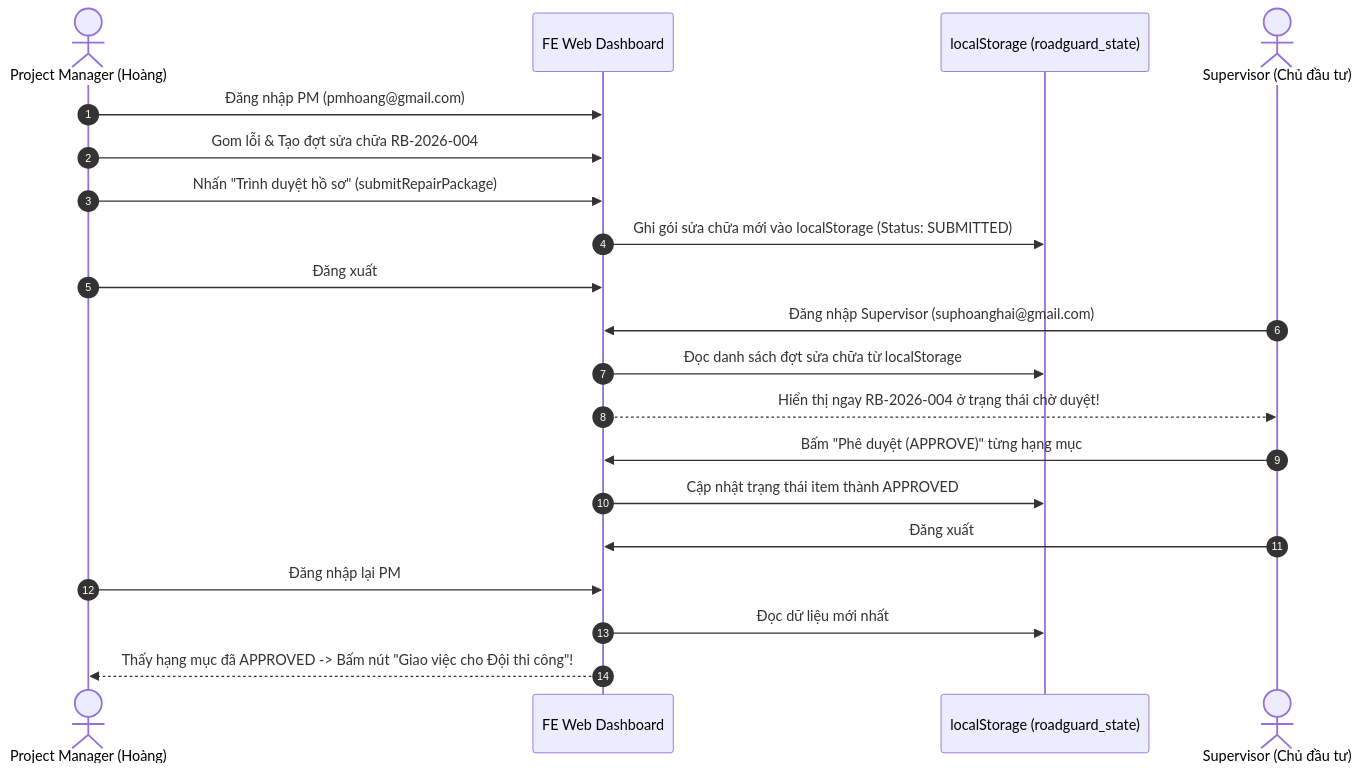
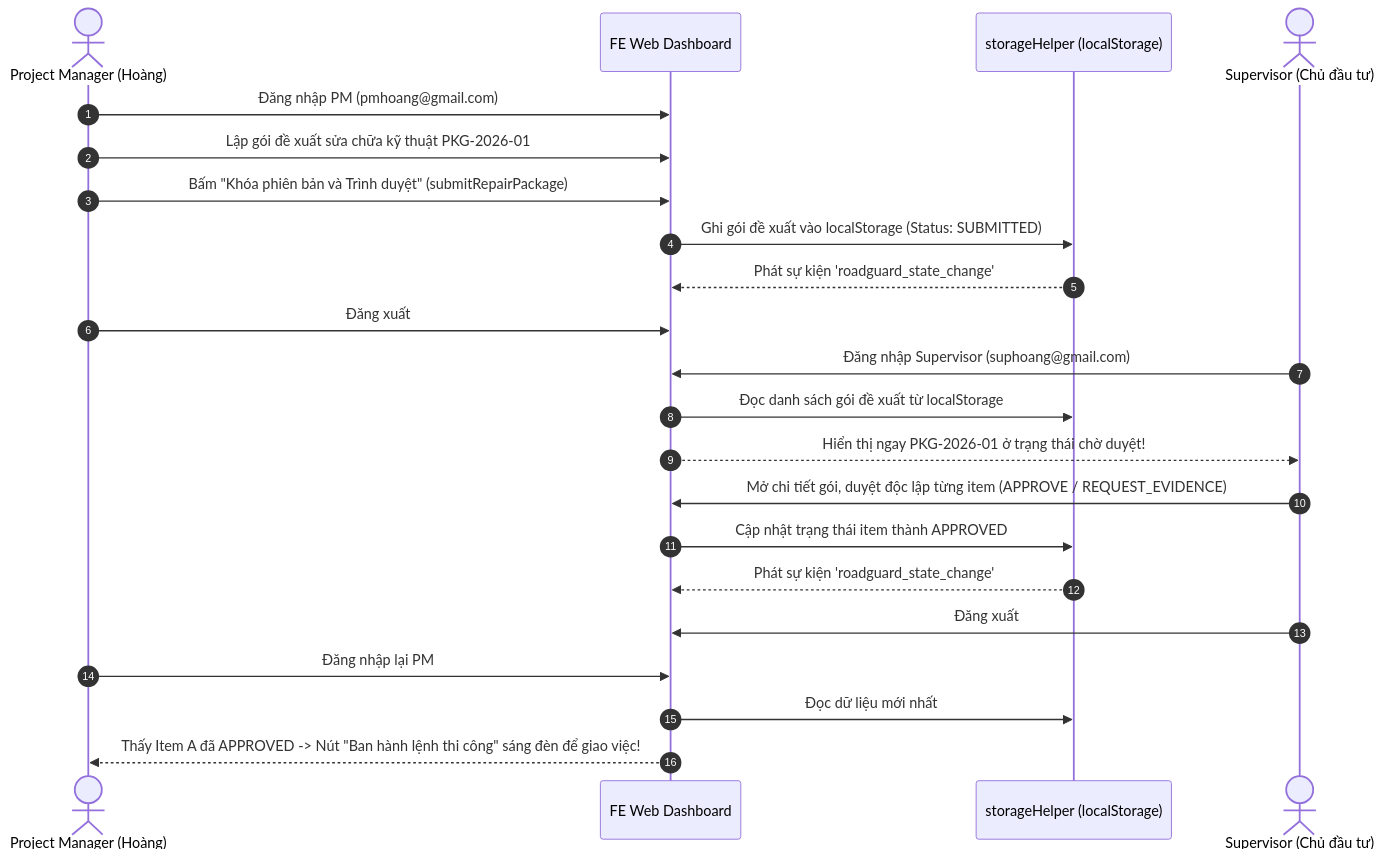
Before and after one commit to tungnvse182691/FE_Drone_Web: the diagram in docs/archive/DANH_MUC_CHUC_NANG_VA_CHI_TIET_MOCK_API.md, drawn with Mermaid. The commit also changed other lines of this file and 76 other files, not shown here.

````diff
--- a/docs/archive/DANH_MUC_CHUC_NANG_VA_CHI_TIET_MOCK_API.md
+++ b/docs/archive/DANH_MUC_CHUC_NANG_VA_CHI_TIET_MOCK_API.md
@@ -240,25 +243,27 @@
 ```mermaid
 sequenceDiagram
     autonumber
     actor PM as Project Manager (Hoàng)
     participant Web as FE Web Dashboard
-    participant Local as localStorage (roadguard_state)
+    participant Helper as storageHelper (localStorage)
     actor SUP as Supervisor (Chủ đầu tư)
 
     PM->>Web: Đăng nhập PM (pmhoang@gmail.com)
-    PM->>Web: Gom lỗi & Tạo đợt sửa chữa RB-2026-004
-    PM->>Web: Nhấn "Trình duyệt hồ sơ" (submitRepairPackage)
-    Web->>Local: Ghi gói sửa chữa mới vào localStorage (Status: SUBMITTED)
+    PM->>Web: Lập gói đề xuất sửa chữa kỹ thuật PKG-2026-01
+    PM->>Web: Bấm "Khóa phiên bản và Trình duyệt" (submitRepairPackage)
+    Web->>Helper: Ghi gói đề xuất vào localStorage (Status: SUBMITTED)
+    Helper-->>Web: Phát sự kiện 'roadguard_state_change'
     PM->>Web: Đăng xuất
 
-    SUP->>Web: Đăng nhập Supervisor (suphoanghai@gmail.com)
-    Web->>Local: Đọc danh sách đợt sửa chữa từ localStorage
-    Web-->>SUP: Hiển thị ngay RB-2026-004 ở trạng thái chờ duyệt!
-    SUP->>Web: Bấm "Phê duyệt (APPROVE)" từng hạng mục
-    Web->>Local: Cập nhật trạng thái item thành APPROVED
+    SUP->>Web: Đăng nhập Supervisor (suphoang@gmail.com)
+    Web->>Helper: Đọc danh sách gói đề xuất từ localStorage
+    Web-->>SUP: Hiển thị ngay PKG-2026-01 ở trạng thái chờ duyệt!
+    SUP->>Web: Mở chi tiết gói, duyệt độc lập từng item (APPROVE / REQUEST_EVIDENCE)
+    Web->>Helper: Cập nhật trạng thái item thành APPROVED
+    Helper-->>Web: Phát sự kiện 'roadguard_state_change'
     SUP->>Web: Đăng xuất
 
     PM->>Web: Đăng nhập lại PM
-    Web->>Local: Đọc dữ liệu mới nhất
-    Web-->>PM: Thấy hạng mục đã APPROVED -> Bấm nút "Giao việc cho Đội thi công"!
+    Web->>Helper: Đọc dữ liệu mới nhất
+    Web-->>PM: Thấy Item A đã APPROVED -> Nút "Ban hành lệnh thi công" sáng đèn để giao việc!
 ```
````
